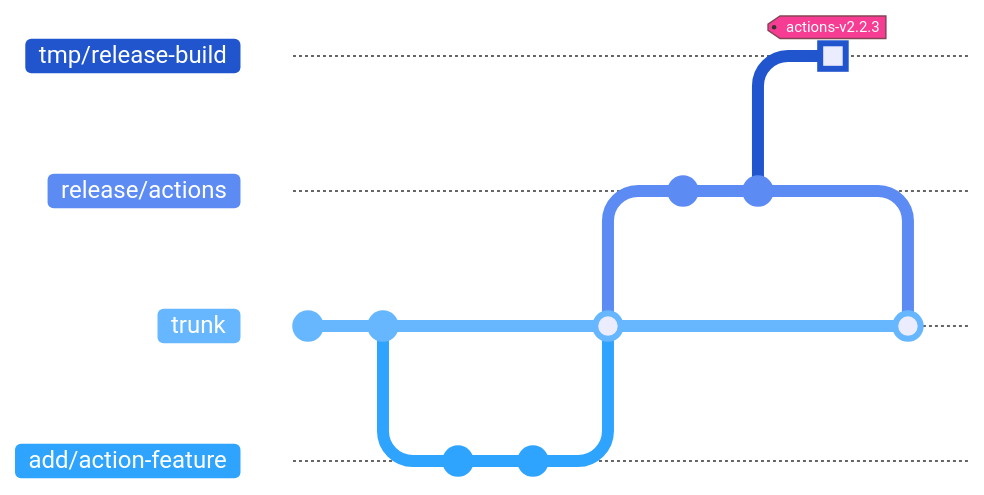
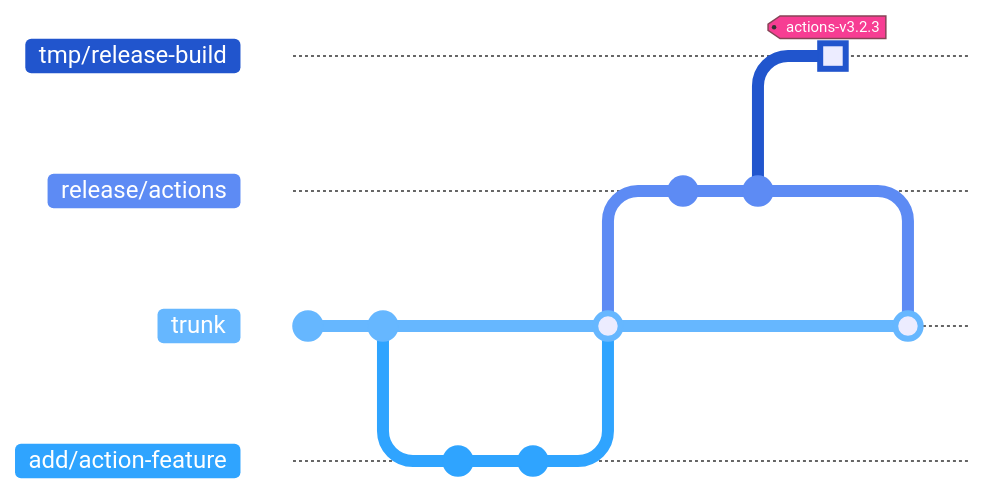
Before and after one commit to woocommerce/grow: the diagram in packages/github-actions/README.md, drawn with Mermaid. The commit also changed other lines of this file, not shown here. Commit ids are hidden.

First line of the commit message:
Update README release-process examples to v3

````diff
--- a/packages/github-actions/README.md
+++ b/packages/github-actions/README.md
@@ -101,42 +101,42 @@
 ```mermaid
 %%{
   init: {
     "gitGraph": {
       "mainBranchName": "trunk",
       "mainBranchOrder": 2
     },
     "themeVariables": {
       "git0": "#2155CD",
       "git1": "#5D8BF4",
       "git2": "#66B7FF",
       "git3": "#2FA4FF",
       "gitBranchLabel0": "#FFFFFF",
       "gitBranchLabel1": "#FFFFFF",
       "gitBranchLabel2": "#FFFFFF",
       "gitBranchLabel3": "#FFFFFF",
       "tagLabelBorder": "#874356",
       "tagLabelBackground": "#F73D93",
       "tagLabelColor": "#FFFFFF",
       "commitLabelBackground": "#DFDFDE",
       "gitInv0": "#2155CD"
     }
   }
 }%%
 
 gitGraph
   commit
   commit
   branch add/action-feature order: 3
   commit
   commit
   checkout trunk
   merge add/action-feature
   branch release/actions order: 1
   commit id: "Changelog"
   commit id: "Bump version"
   branch tmp/release-build order: 0
-  commit id: "Release build" type: HIGHLIGHT tag: "actions-v2.2.3"
+  commit id: "Release build" type: HIGHLIGHT tag: "actions-v3.2.3"
   checkout trunk
   merge release/actions
 
 ```
````
